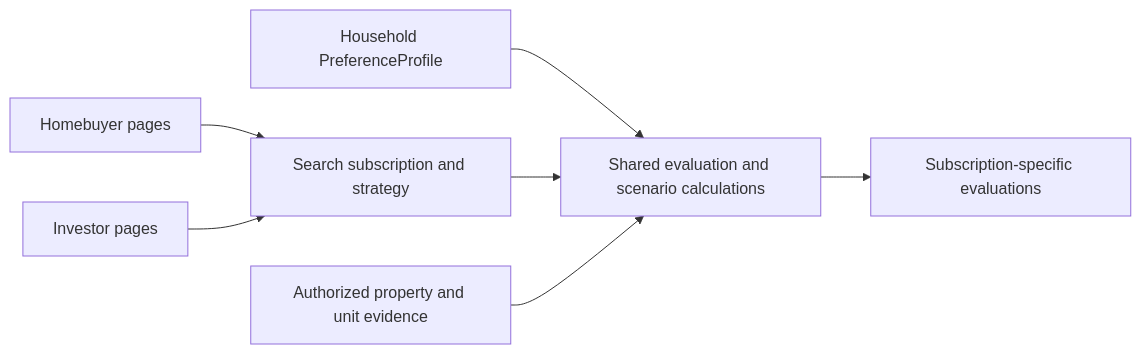
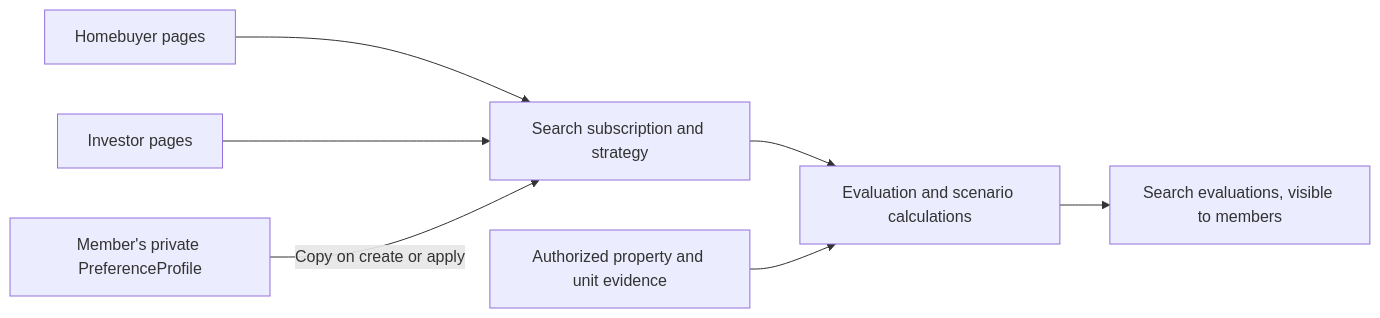
One commit to robsgreen/property-focus changed the second of 30 diagrams in specs/property-focus/master-plan.md. Above: the diagram before and after it, drawn with Mermaid. The commit also changed other lines of this file and 1 other file, not shown here.

First line of the commit message:
Apply confirmed answers: individual accounts with shared searches, dual AI providers, client-agnostic MCP

````diff
--- a/specs/property-focus/master-plan.md
+++ b/specs/property-focus/master-plan.md
@@ -51,9 +55,9 @@
 ```mermaid
 flowchart LR
     H[Homebuyer pages] --> S[Search subscription and strategy]
     I[Investor pages] --> S
-    P[Household PreferenceProfile] --> M[Shared evaluation and scenario calculations]
-    S --> M
+    P[Member's private PreferenceProfile] -->|Copy on create or apply| S
+    S --> M[Evaluation and scenario calculations]
     E[Authorized property and unit evidence] --> M
-    M --> R[Subscription-specific evaluations]
+    M --> R[Search evaluations, visible to members]
 ```
````
